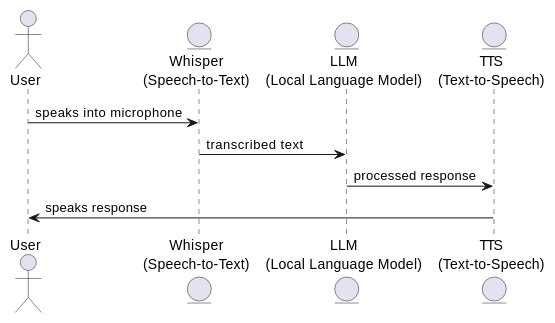
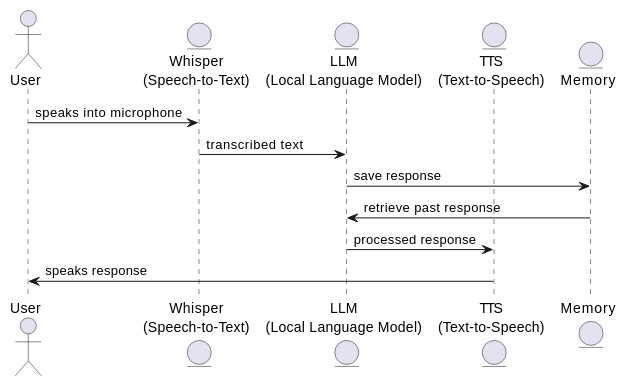
The diagram in readme.md (mohcineelharras/whisper-llm-gtts), drawn with PlantUML before and after one commit. The commit also changed other lines of this file and 7 other files, not shown here.

```diff
--- a/readme.md
+++ b/readme.md
@@ -16,11 +15,14 @@
 @startuml
 actor User
 entity "Whisper\n(Speech-to-Text)" as Whisper
 entity "LLM\n(Local Language Model)" as LLM
 entity "TTS\n(Text-to-Speech)" as TTS
+entity "Memory" as Memory
 
 User -> Whisper : speaks into microphone
 Whisper -> LLM : transcribed text
+LLM -> Memory : save response
+Memory -> LLM : retrieve past response
 LLM -> TTS : processed response
 TTS -> User : speaks response
 @enduml
```
